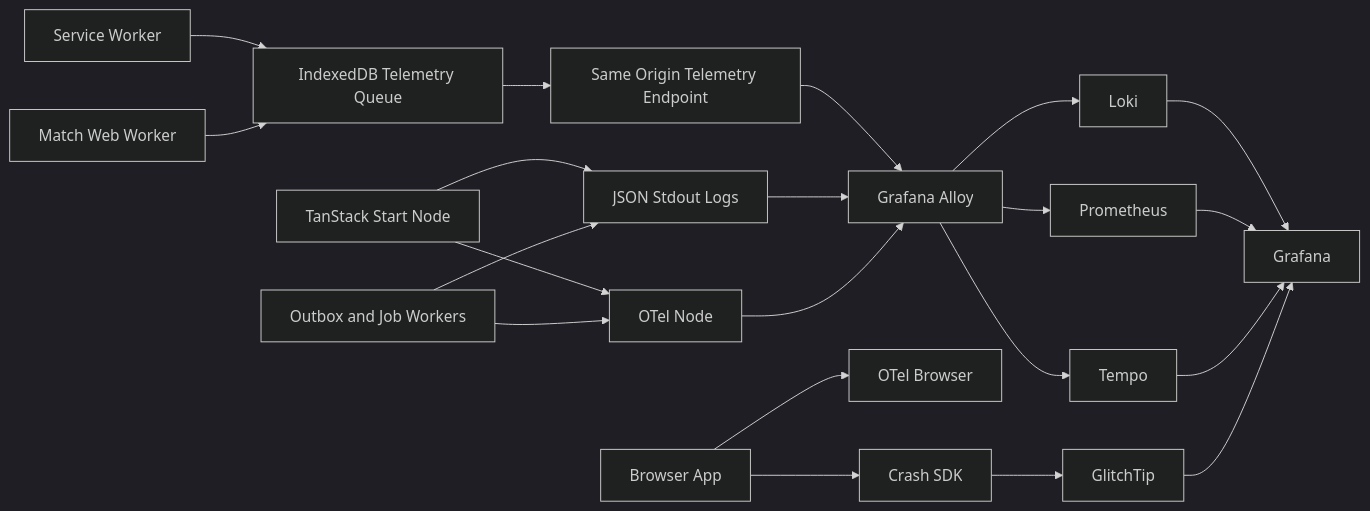
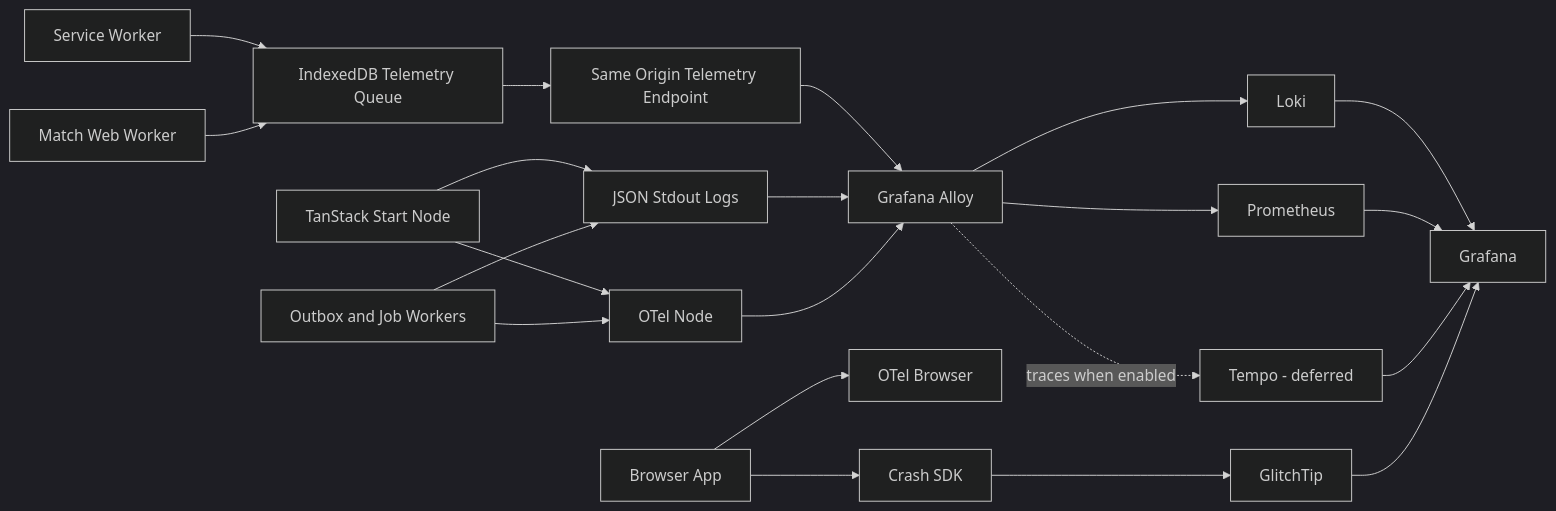
The diagram in docs/10-Architecture/09-Decisions/ADR-0017-observability-logging.md (EtroxTaran/klubhaus-elf), drawn with Mermaid (dark theme) before and after one commit. The commit also changed other lines of this file and 18 other files, not shown here.

````diff
--- a/docs/10-Architecture/09-Decisions/ADR-0017-observability-logging.md
+++ b/docs/10-Architecture/09-Decisions/ADR-0017-observability-logging.md
@@ -148,23 +165,23 @@
 ```mermaid
 flowchart LR
     browserApp[Browser App] --> crashSdk[Crash SDK]
     browserApp --> otelBrowser[OTel Browser]
     serviceWorker[Service Worker] --> clientQueue[IndexedDB Telemetry Queue]
     webWorker[Match Web Worker] --> clientQueue
     clientQueue --> telemetryEndpoint[Same Origin Telemetry Endpoint]
     crashSdk --> glitchTip[GlitchTip]
     telemetryEndpoint --> alloy[Grafana Alloy]
     nodeServer[TanStack Start Node] --> stdoutLogs[JSON Stdout Logs]
     nodeServer --> otelNode[OTel Node]
     workers[Outbox and Job Workers] --> stdoutLogs
     workers --> otelNode
     stdoutLogs --> alloy
     otelNode --> alloy
     alloy --> loki[Loki]
     alloy --> prometheus[Prometheus]
-    alloy --> tempo[Tempo]
+    alloy -. traces when enabled .-> tempo[Tempo - deferred]
     loki --> grafana[Grafana]
     prometheus --> grafana
     tempo --> grafana
     glitchTip --> grafana
 ```
````
